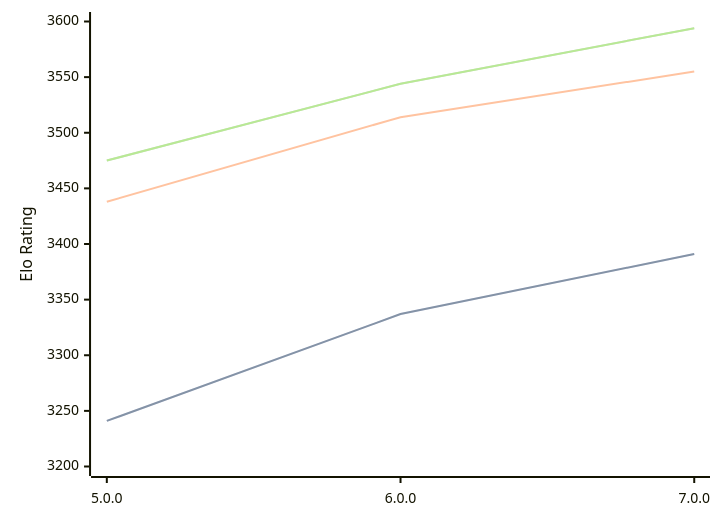
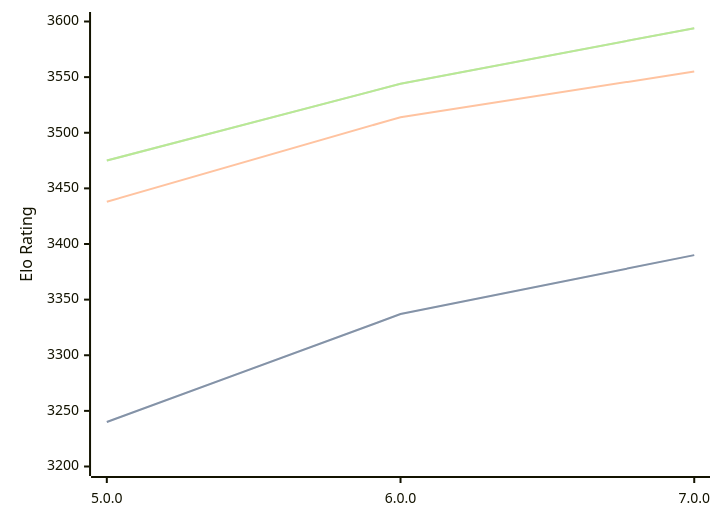
The diagram in engines/Stormphrax.md (computer-chess-index/cci), drawn with Mermaid before and after one commit. The commit also changed other lines of this file, not shown here.

````diff
--- a/engines/Stormphrax.md
+++ b/engines/Stormphrax.md
@@ -36,11 +36,11 @@
 ```mermaid
 %%{init: {"theme":"base","themeVariables":{"seriesColors:['#a3a3a3','#222221','#faa371']}}}%%
 xychart-beta
   x-axis ["5.0.0", "6.0.0", "7.0.0"]
   y-axis "Elo Rating" 3200 --> 3600
-  line "STC (8.0+0.08s)" [3241, 3337, 3391]
-  line "STC (8.0+0.08s)" [3241, 3337, 3391]
+  line "STC (8.0+0.08s)" [3240, 3337, 3390]
+  line "STC (8.0+0.08s)" [3240, 3337, 3390]
   line "LTC (60.0+0.60s)" [3438, 3514, 3555]
   line "VLTC (2m24s+1.12s)" [3475, 3544, 3594]
   line "VLTC (2m24s+1.12s)" [3475, 3544, 3594]
 ```
````
